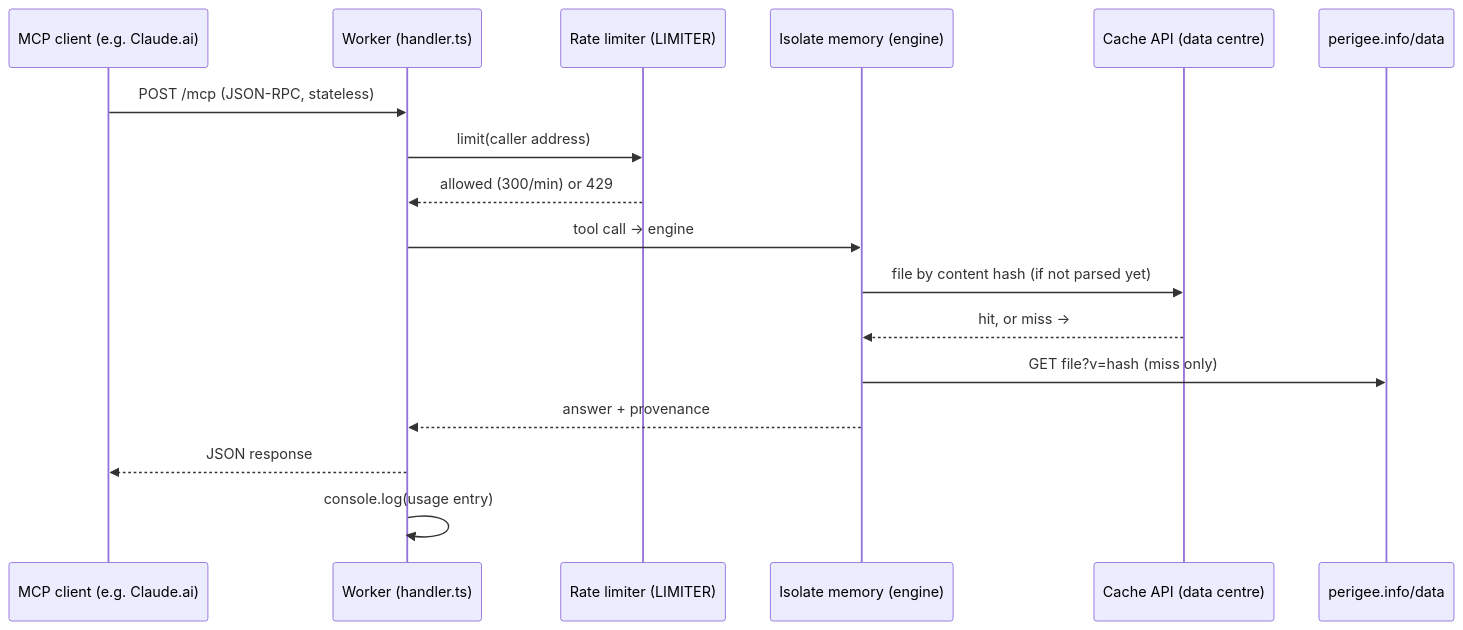
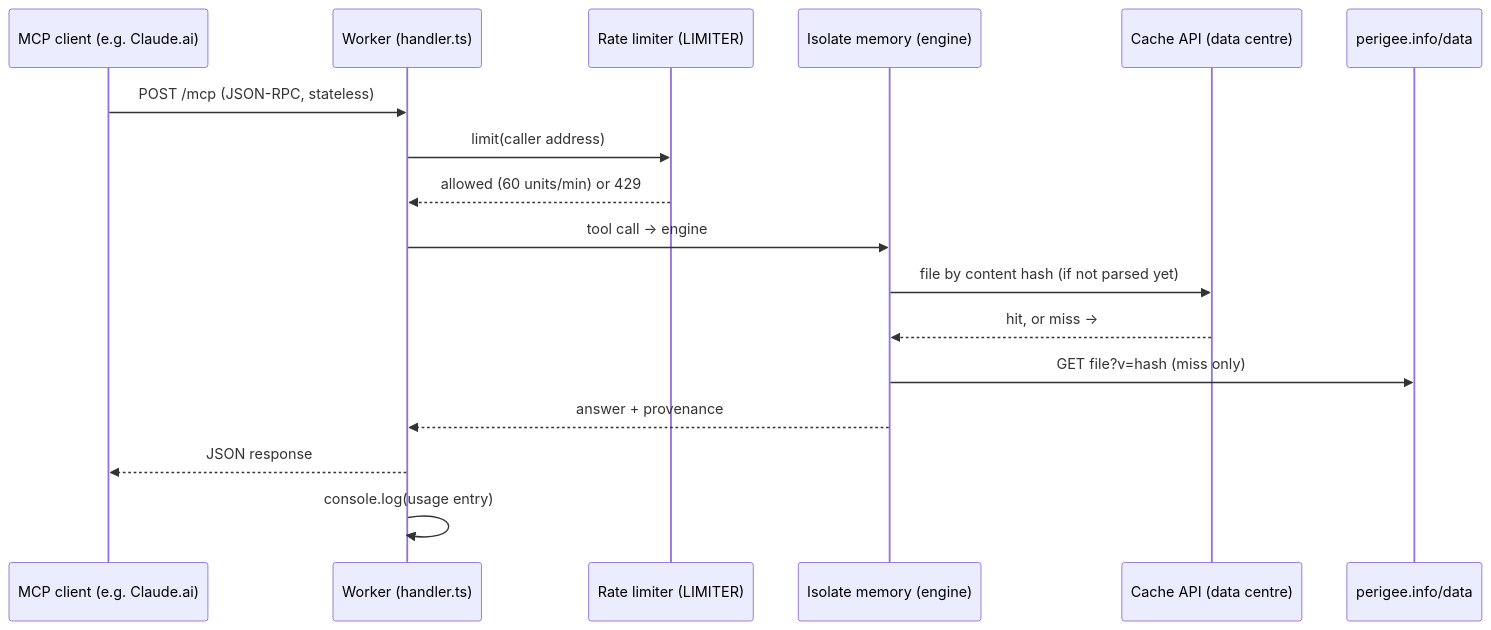
The third of 3 diagrams in docs/machine-interface.md (dlamarre-dev/Perigee), drawn with Mermaid before and after one commit. The commit also changed other lines of this file and 15 other files, not shown here.

````diff
--- a/docs/machine-interface.md
+++ b/docs/machine-interface.md
@@ -155,19 +155,19 @@
 ```mermaid
 sequenceDiagram
   participant C as MCP client (e.g. Claude.ai)
   participant W as Worker (handler.ts)
   participant L as Rate limiter (LIMITER)
   participant M as Isolate memory (engine)
   participant K as Cache API (data centre)
   participant P as perigee.info/data
   C->>W: POST /mcp (JSON-RPC, stateless)
   W->>L: limit(caller address)
-  L-->>W: allowed (300/min) or 429
+  L-->>W: allowed (60 units/min) or 429
   W->>M: tool call → engine
   M->>K: file by content hash (if not parsed yet)
   K-->>M: hit, or miss →
   M->>P: GET file?v=hash (miss only)
   M-->>W: answer + provenance
   W-->>C: JSON response
   W->>W: console.log(usage entry)
 ```
````
